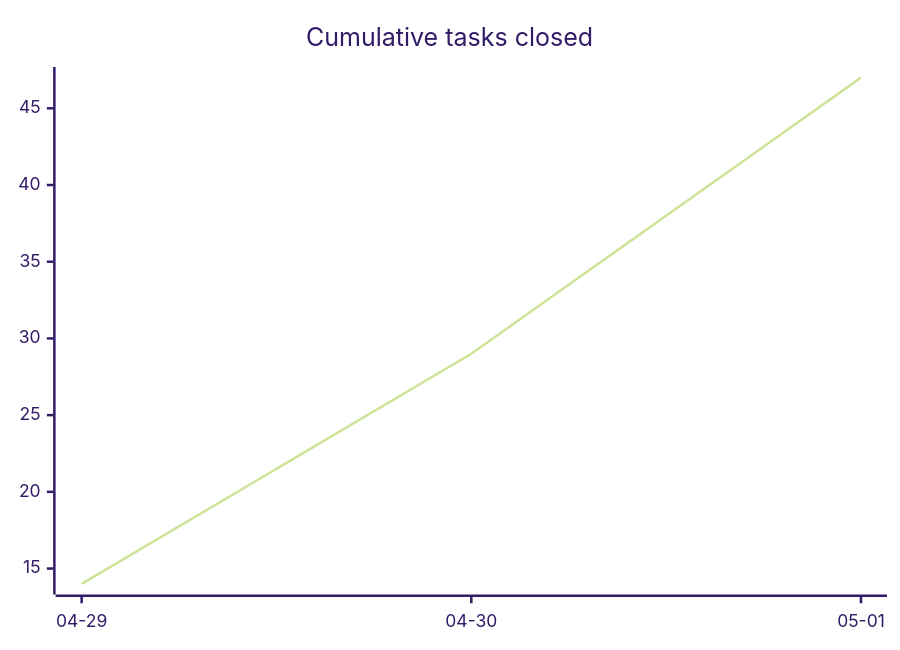
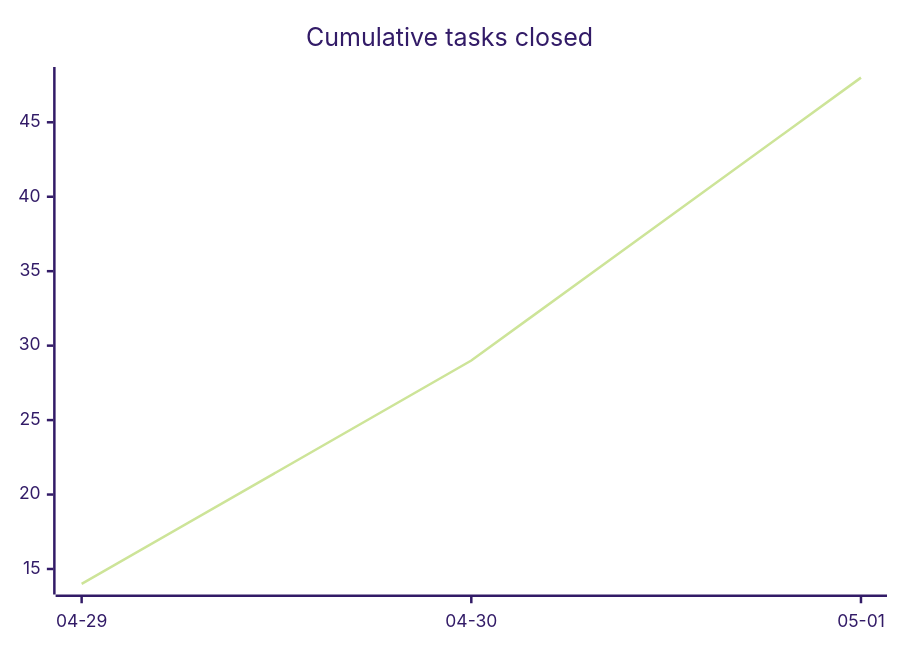
The first of 3 diagrams in docs/developers/tasks/OVERVIEW.md (tgd1975/AwesomeStudioPedal), drawn with Mermaid (forest theme) before and after one commit. The commit also changed other lines of this file and 4 other files, not shown here.

````diff
--- a/docs/developers/tasks/OVERVIEW.md
+++ b/docs/developers/tasks/OVERVIEW.md
@@ -22,6 +22,6 @@
 ```mermaid
 xychart-beta
     title "Cumulative tasks closed"
     x-axis ["04-29", "04-30", "05-01"]
-    line [14, 29, 47]
+    line [14, 29, 48]
 ```
````
